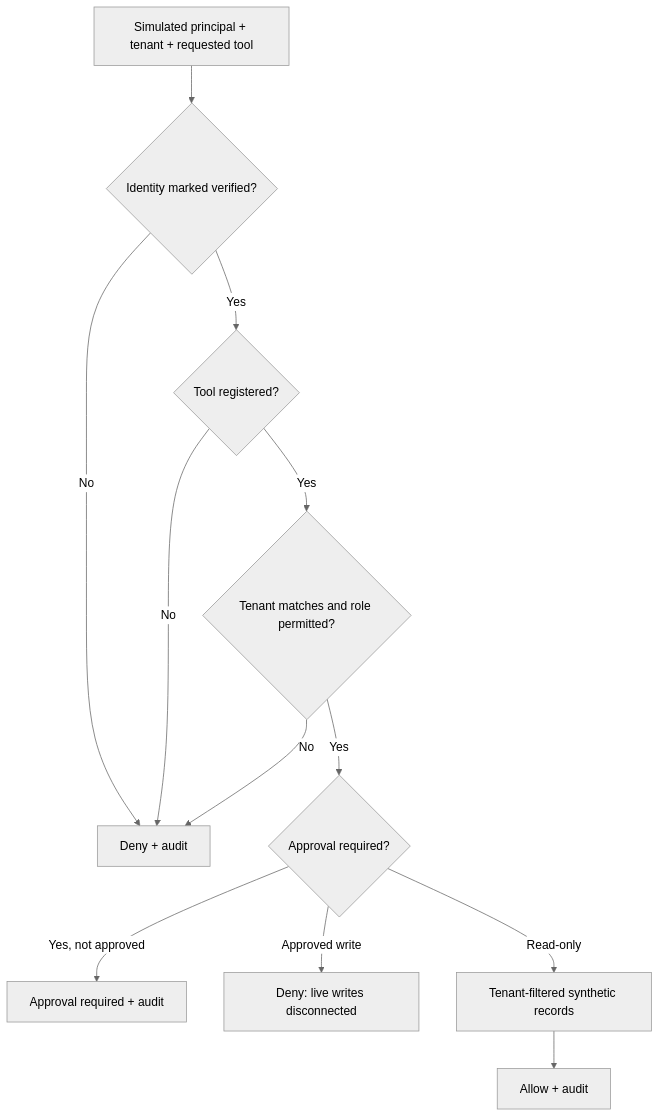
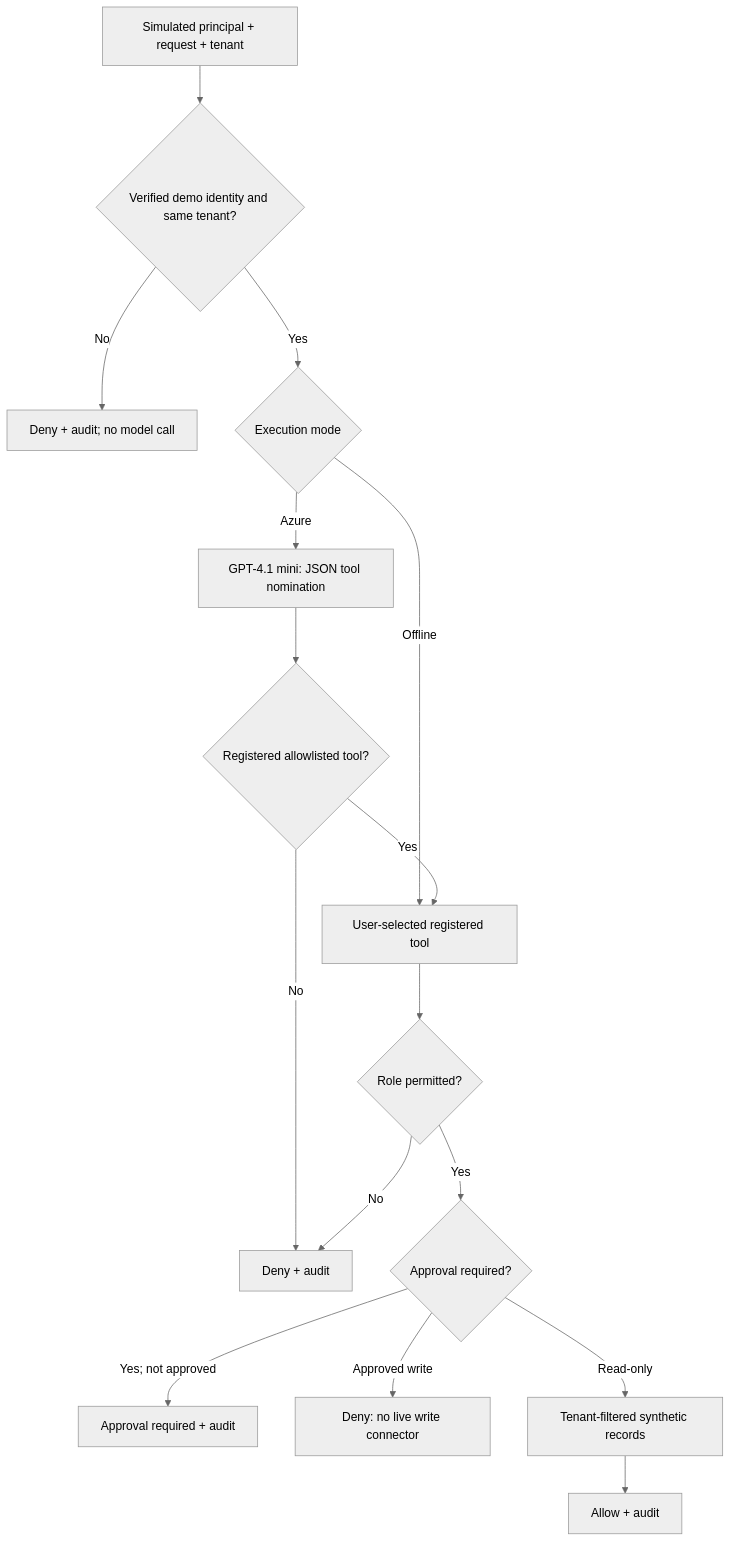
The diagram in 03-enterprise-agent-platform/README.md (n-neykov/agentic-ai-architecture-portfolio), drawn with Mermaid (neutral theme) before and after one commit. The commit also changed other lines of this file, not shown here.

Commit message:
docs: correct P3 Azure governance diagram and remove contradictory offline-only claims

````diff
--- a/03-enterprise-agent-platform/README.md
+++ b/03-enterprise-agent-platform/README.md
@@ -11,14 +11,18 @@
 ```mermaid
 flowchart TD
-  U["Simulated principal + tenant + requested tool"] --> I{"Identity marked verified?"}
-  I -->|"No"| D["Deny + audit"]
-  I -->|"Yes"| T{"Tool registered?"}
-  T -->|"No"| D
-  T -->|"Yes"| P{"Tenant matches and role permitted?"}
-  P -->|"No"| D
-  P -->|"Yes"| A{"Approval required?"}
-  A -->|"Yes, not approved"| H["Approval required + audit"]
-  A -->|"Approved write"| W["Deny: live writes disconnected"]
-  A -->|"Read-only"| R["Tenant-filtered synthetic records"]
+  U["Simulated principal + request + tenant"] --> I{"Verified demo identity and same tenant?"}
+  I -->|No| D["Deny + audit; no model call"]
+  I -->|Yes| M{"Execution mode"}
+  M -->|Offline| T["User-selected registered tool"]
+  M -->|Azure| L["GPT-4.1 mini: JSON tool nomination"]
+  L --> V{"Registered allowlisted tool?"}
+  V -->|No| D2["Deny + audit"]
+  V -->|Yes| T
+  T --> P{"Role permitted?"}
+  P -->|No| D2
+  P -->|Yes| A{"Approval required?"}
+  A -->|Yes; not approved| H["Approval required + audit"]
+  A -->|Approved write| W["Deny: no live write connector"]
+  A -->|Read-only| R["Tenant-filtered synthetic records"]
   R --> O["Allow + audit"]
 ```
````
